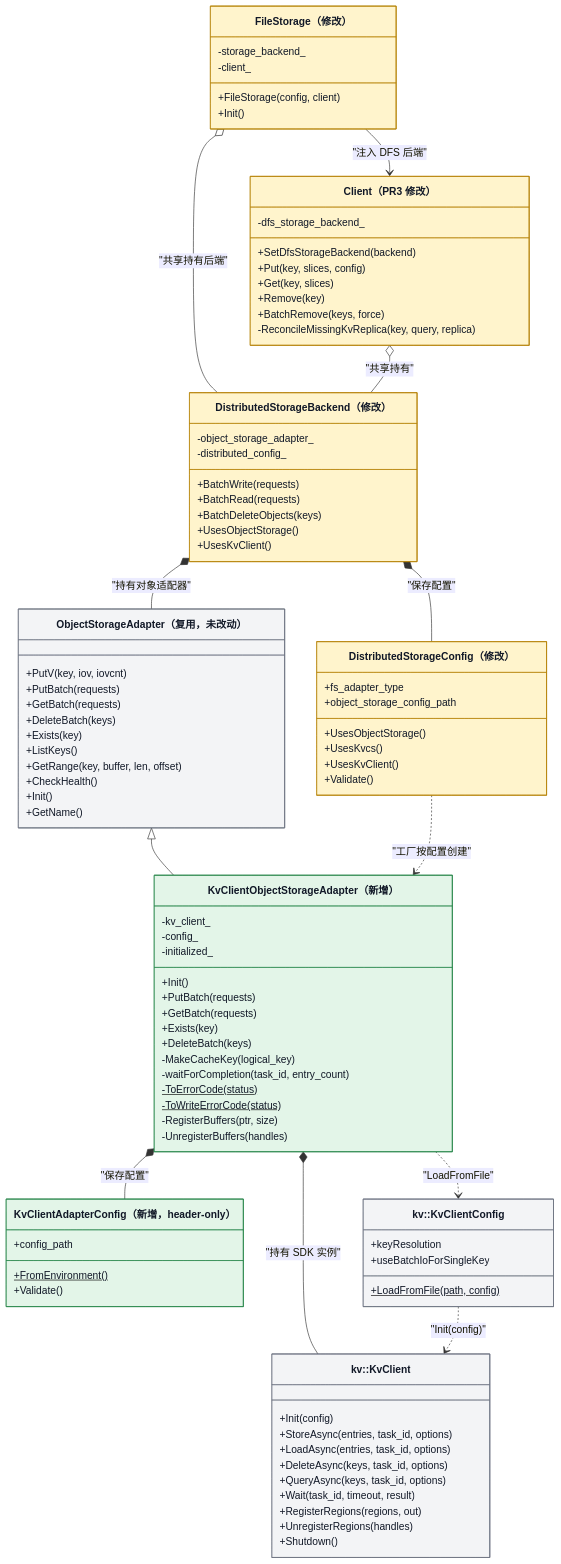
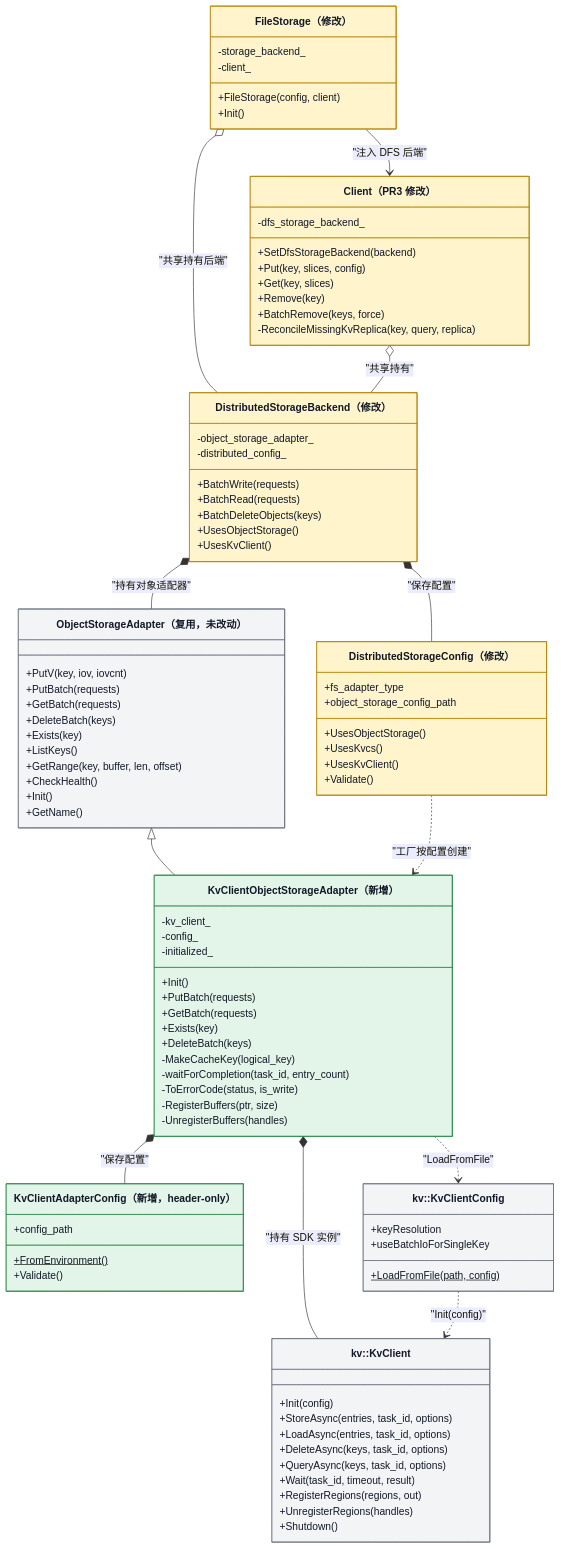
The second of 13 diagrams in Mooncake + KVClient L3 接入（Kvcs）- v3.md (zwj20000328-dotcom/Mooncake-documents), drawn with Mermaid before and after one commit. The commit also changed other lines of this file and 4 other files, not shown here.

First line of the commit message:
docs: merge kvclient write mapping into ToErrorCode and route Get through GetBatch

```diff
--- a/Mooncake + KVClient L3 接入（Kvcs）- v3.md
+++ b/Mooncake + KVClient L3 接入（Kvcs）- v3.md
@@ -262,8 +262,7 @@
         +DeleteBatch(keys)
         -MakeCacheKey(logical_key)
         -waitForCompletion(task_id, entry_count)
-        -ToErrorCode(status)$
-        -ToWriteErrorCode(status)$
+        -ToErrorCode(status, is_write)
         -RegisterBuffers(ptr, size)
         -UnregisterBuffers(handles)
     }
```
